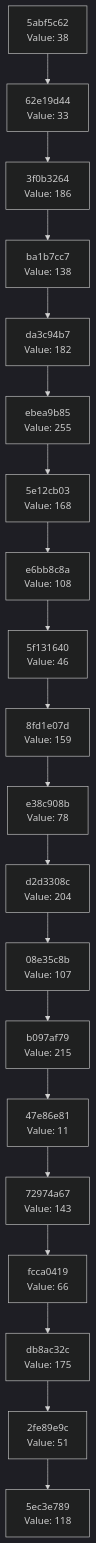
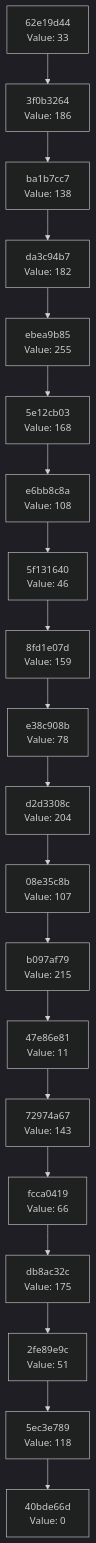
Before and after one commit to Abhisheksinha1506/hash-chain-evolver: the diagram in docs/CHAIN_VISUALIZATION.md, drawn with Mermaid (dark theme). The commit also changed 2 other files, not shown here.

Commit message:
Evolution step: hash 0x00 → action executed

````diff
--- a/docs/CHAIN_VISUALIZATION.md
+++ b/docs/CHAIN_VISUALIZATION.md
@@ -3,42 +3,42 @@
 ```mermaid
 graph TD
-    C0["5ec3e789<br/>Value: 118"]
-    C1["2fe89e9c<br/>Value: 51"]
+    C0["40bde66d<br/>Value: 0"]
+    C1["5ec3e789<br/>Value: 118"]
     C1 --> C0
-    C2["db8ac32c<br/>Value: 175"]
+    C2["2fe89e9c<br/>Value: 51"]
     C2 --> C1
-    C3["fcca0419<br/>Value: 66"]
+    C3["db8ac32c<br/>Value: 175"]
     C3 --> C2
-    C4["72974a67<br/>Value: 143"]
+    C4["fcca0419<br/>Value: 66"]
     C4 --> C3
-    C5["47e86e81<br/>Value: 11"]
+    C5["72974a67<br/>Value: 143"]
     C5 --> C4
-    C6["b097af79<br/>Value: 215"]
+    C6["47e86e81<br/>Value: 11"]
     C6 --> C5
-    C7["08e35c8b<br/>Value: 107"]
+    C7["b097af79<br/>Value: 215"]
     C7 --> C6
-    C8["d2d3308c<br/>Value: 204"]
+    C8["08e35c8b<br/>Value: 107"]
     C8 --> C7
-    C9["e38c908b<br/>Value: 78"]
+    C9["d2d3308c<br/>Value: 204"]
     C9 --> C8
-    C10["8fd1e07d<br/>Value: 159"]
+    C10["e38c908b<br/>Value: 78"]
     C10 --> C9
-    C11["5f131640<br/>Value: 46"]
+    C11["8fd1e07d<br/>Value: 159"]
     C11 --> C10
-    C12["e6bb8c8a<br/>Value: 108"]
+    C12["5f131640<br/>Value: 46"]
     C12 --> C11
-    C13["5e12cb03<br/>Value: 168"]
+    C13["e6bb8c8a<br/>Value: 108"]
     C13 --> C12
-    C14["ebea9b85<br/>Value: 255"]
+    C14["5e12cb03<br/>Value: 168"]
     C14 --> C13
-    C15["da3c94b7<br/>Value: 182"]
+    C15["ebea9b85<br/>Value: 255"]
     C15 --> C14
-    C16["ba1b7cc7<br/>Value: 138"]
+    C16["da3c94b7<br/>Value: 182"]
     C16 --> C15
-    C17["3f0b3264<br/>Value: 186"]
+    C17["ba1b7cc7<br/>Value: 138"]
     C17 --> C16
-    C18["62e19d44<br/>Value: 33"]
+    C18["3f0b3264<br/>Value: 186"]
     C18 --> C17
-    C19["5abf5c62<br/>Value: 38"]
+    C19["62e19d44<br/>Value: 33"]
     C19 --> C18
 ```
````
